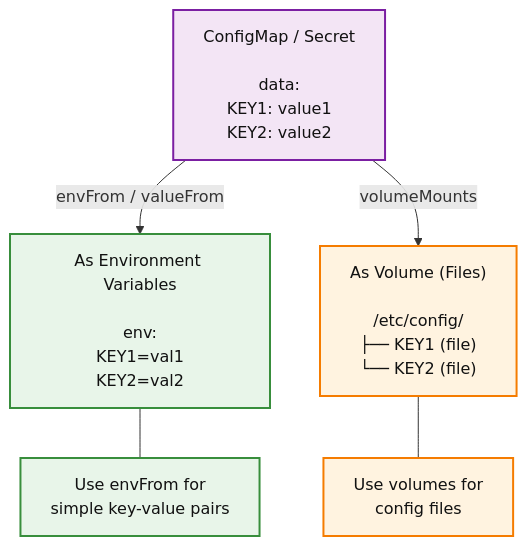
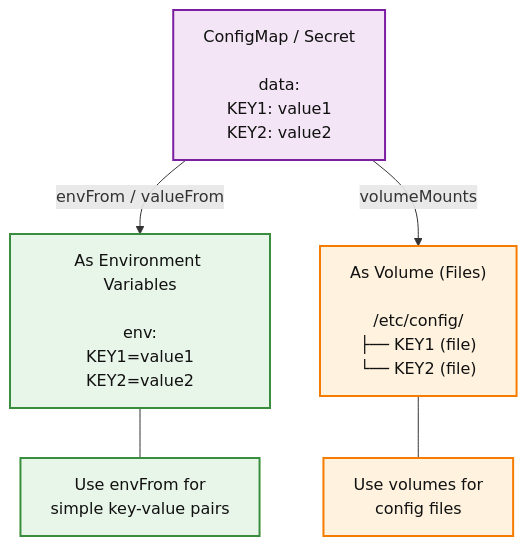
One commit to kube-dojo/kube-dojo.github.io changed the second of 2 diagrams in src/content/docs/prerequisites/kubernetes-basics/module-1.6-configmaps-secrets.md. Above: the diagram before and after it, drawn with Mermaid. The commit also changed other lines of this file, not shown here.

````diff
--- a/src/content/docs/prerequisites/kubernetes-basics/module-1.6-configmaps-secrets.md
+++ b/src/content/docs/prerequisites/kubernetes-basics/module-1.6-configmaps-secrets.md
@@ -295,20 +296,20 @@
 ```mermaid
 graph TD
     classDef source fill:#f3e5f5,color:#111,stroke:#7b1fa2,stroke-width:2px
     classDef env fill:#e8f5e9,color:#111,stroke:#388e3c,stroke-width:2px
     classDef vol fill:#fff3e0,color:#111,stroke:#f57c00,stroke-width:2px
 
     CS["ConfigMap / Secret<br><br>data:<br>KEY1: value1<br>KEY2: value2"]:::source
     
-    ENV["As Environment Variables<br><br>env:<br>KEY1=val1<br>KEY2=val2"]:::env
+    ENV["As Environment Variables<br><br>env:<br>KEY1=value1<br>KEY2=value2"]:::env
     VOL["As Volume (Files)<br><br>/etc/config/<br>├── KEY1 (file)<br>└── KEY2 (file)"]:::vol
     
     CS -->|envFrom / valueFrom| ENV
     CS -->|volumeMounts| VOL
 
     N1["Use envFrom for<br>simple key-value pairs"]:::env
     N2["Use volumes for<br>config files"]:::vol
 
     ENV --- N1
     VOL --- N2
 ```
````
